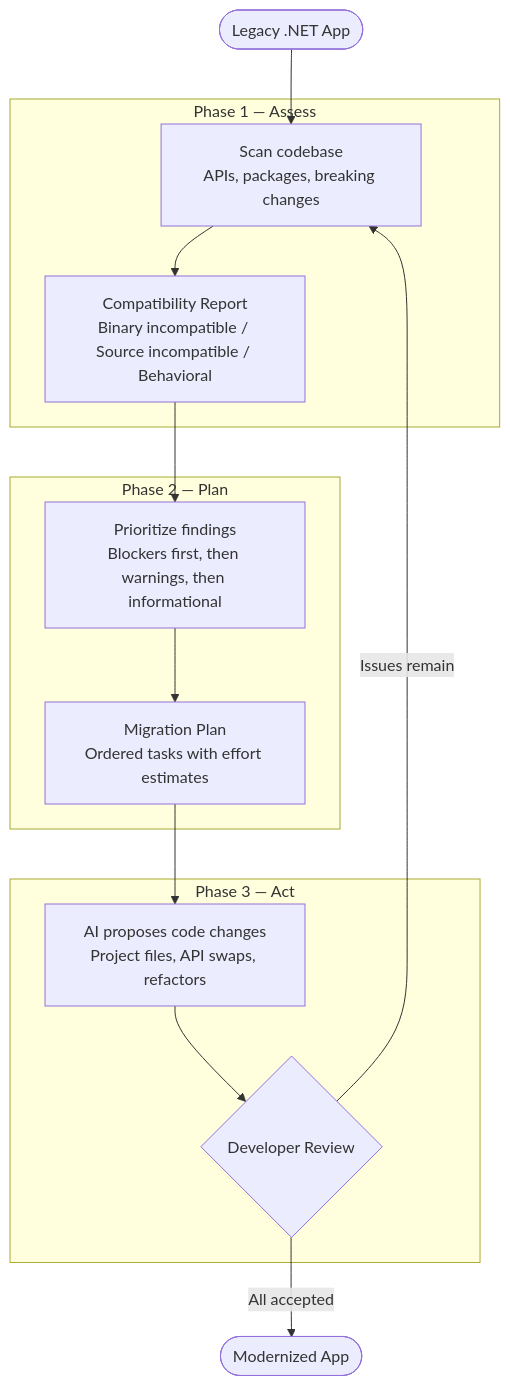
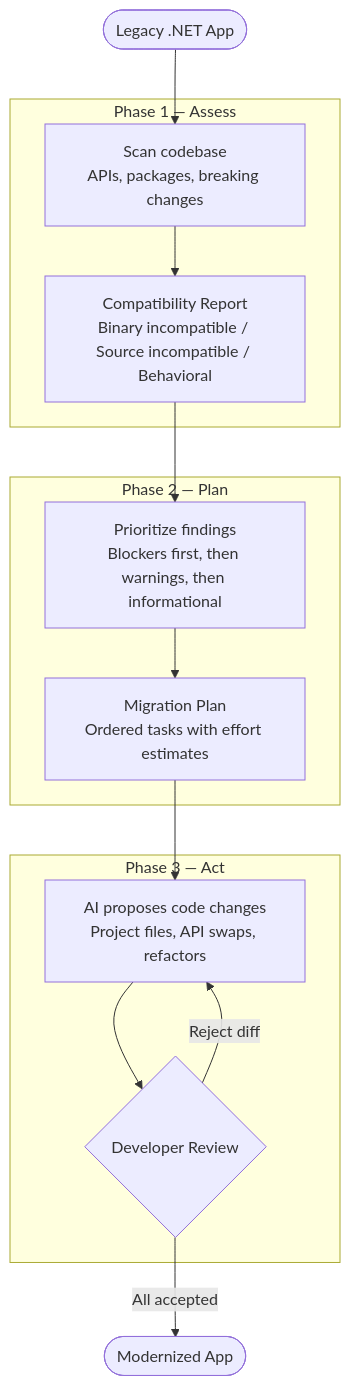
One commit to microsoft/dotnet-modernization-for-beginners changed the diagram in 00-introduction/README.md. Above: the diagram before and after it, drawn with Mermaid.

Commit message:
fix(ch00): correct mermaid feedback loop to stay within Act phase
Developer review iterates with Copilot within Phase 3 - reject a diff,
Copilot revises and proposes again. Does not restart from Assess.

````diff
--- a/00-introduction/README.md
+++ b/00-introduction/README.md
@@ -67,31 +67,31 @@
 ```mermaid
 flowchart TD
     START([Legacy .NET App])
 
     START --> ASSESS
 
     subgraph PHASE1 ["Phase 1 — Assess"]
         ASSESS["Scan codebase<br/>APIs, packages, breaking changes"]
         REPORT["Compatibility Report<br/>Binary incompatible / Source incompatible / Behavioral"]
         ASSESS --> REPORT
     end
 
     REPORT --> PLAN
 
     subgraph PHASE2 ["Phase 2 — Plan"]
         PLAN["Prioritize findings<br/>Blockers first, then warnings, then informational"]
         MIGRATION["Migration Plan<br/>Ordered tasks with effort estimates"]
         PLAN --> MIGRATION
     end
 
     MIGRATION --> ACT
 
     subgraph PHASE3 ["Phase 3 — Act"]
         ACT["AI proposes code changes<br/>Project files, API swaps, refactors"]
         REVIEW{Developer Review}
         ACT --> REVIEW
     end
 
-    REVIEW -->|Issues remain| ASSESS
+    REVIEW -->|Reject diff| ACT
     REVIEW -->|All accepted| DONE([Modernized App])
 ```
````
